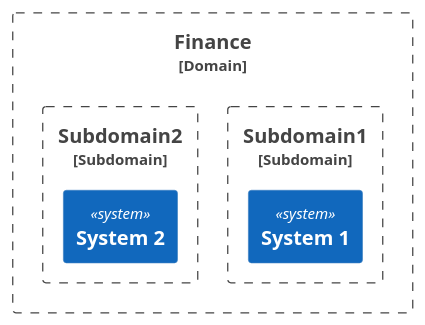
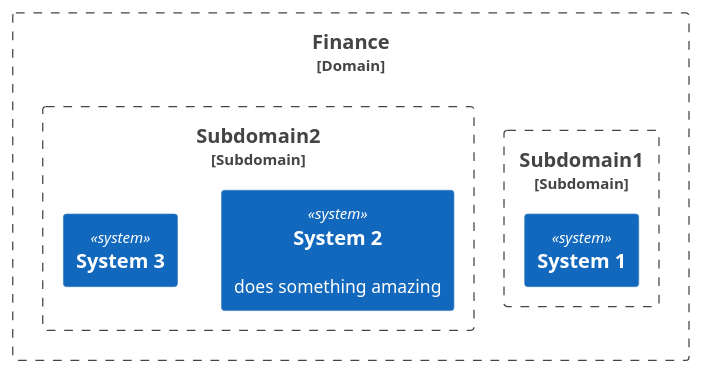
One commit to joesustaric/c4plant-uml-testing changed the diagram in test.puml. Above: the diagram before and after it, drawn with PlantUML.

Commit message:
Further example

```diff
--- a/test.puml
+++ b/test.puml
@@ -1,13 +1,16 @@
 @startuml Basic Sample
 !includeurl https://raw.githubusercontent.com/RicardoNiepel/C4-PlantUML/release/1-0/C4_Context.puml
 
 Boundary(foo, "Finance", "Domain") {
     Boundary(c1, "Subdomain1", "Subdomain") {
         System(system1, "System 1")
     }
     Boundary(s2, "Subdomain2", "Subdomain") {
-        System(system2, "System 2")
+        System(system2, "System 2", "does something amazing")
+        System(system3, "System 3")
     }
 }
+'Rel(system1, system2, "notifies", "HTTPS")
+'Rel(system2, system3, "files")
 
 @enduml
```
